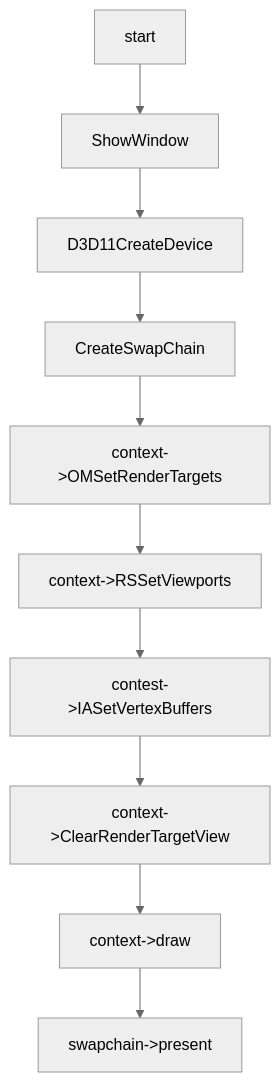
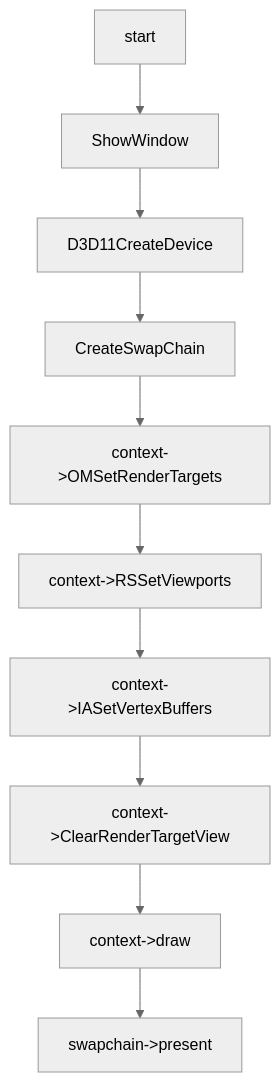
Before and after one commit to lcong/dx-instance: the diagram in DXFeature/case_src/01_sole_feature/draw_mode_feature/01_case_draw_triangle/01_case_draw_triangle.md, drawn with Mermaid (neutral theme). The commit also changed 1 other file, not shown here.

Commit message:
modify md doc error

````diff
--- a/DXFeature/case_src/01_sole_feature/draw_mode_feature/01_case_draw_triangle/01_case_draw_triangle.md
+++ b/DXFeature/case_src/01_sole_feature/draw_mode_feature/01_case_draw_triangle/01_case_draw_triangle.md
@@ -22,13 +22,13 @@
 ```mermaid
 graph TD;
 	start-->A[ShowWindow];
 	A-->B[D3D11CreateDevice];
 	B-->C[CreateSwapChain];
 	C-->D[context->OMSetRenderTargets];
 	D-->E[context->RSSetViewports];
-	E-->I[contest->IASetVertexBuffers];
+	E-->I[context->IASetVertexBuffers];
 	I-->F[context->ClearRenderTargetView];
 	F-->G[context->draw];
 	G-->H[swapchain->present]
 	
 ```
````
